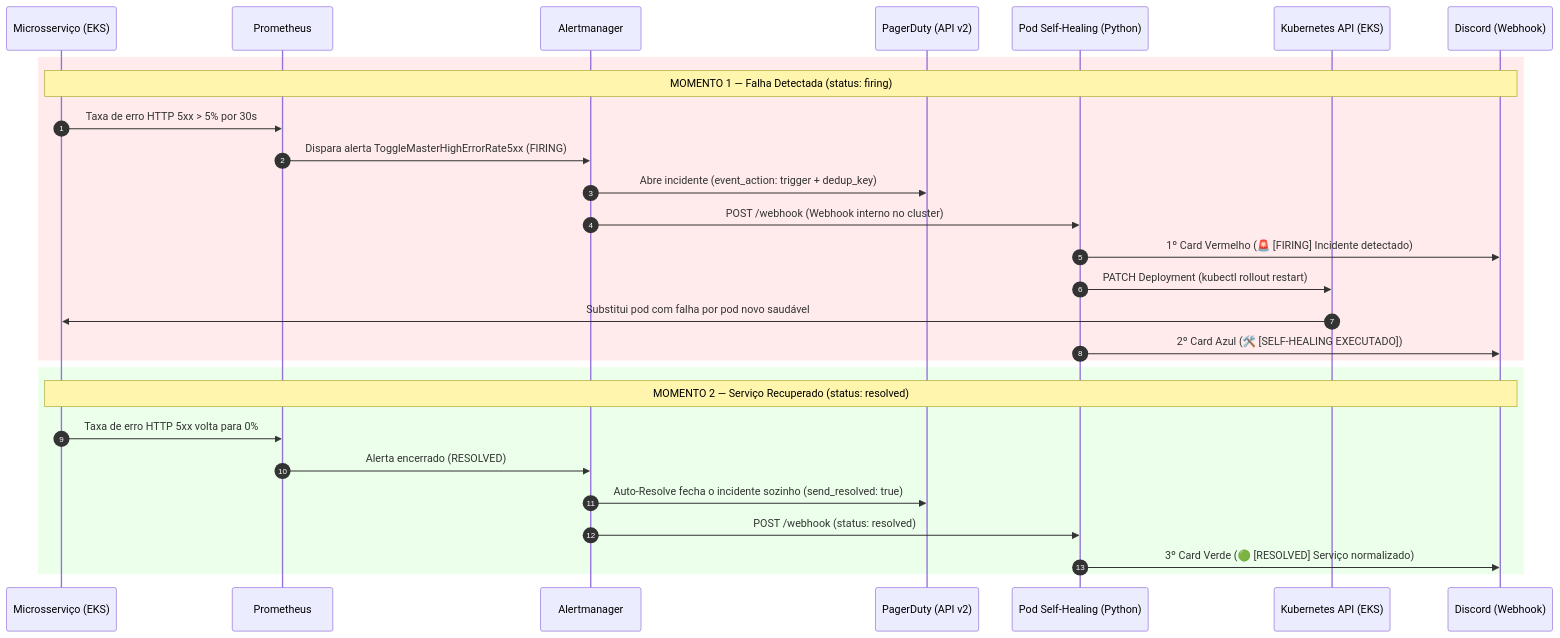
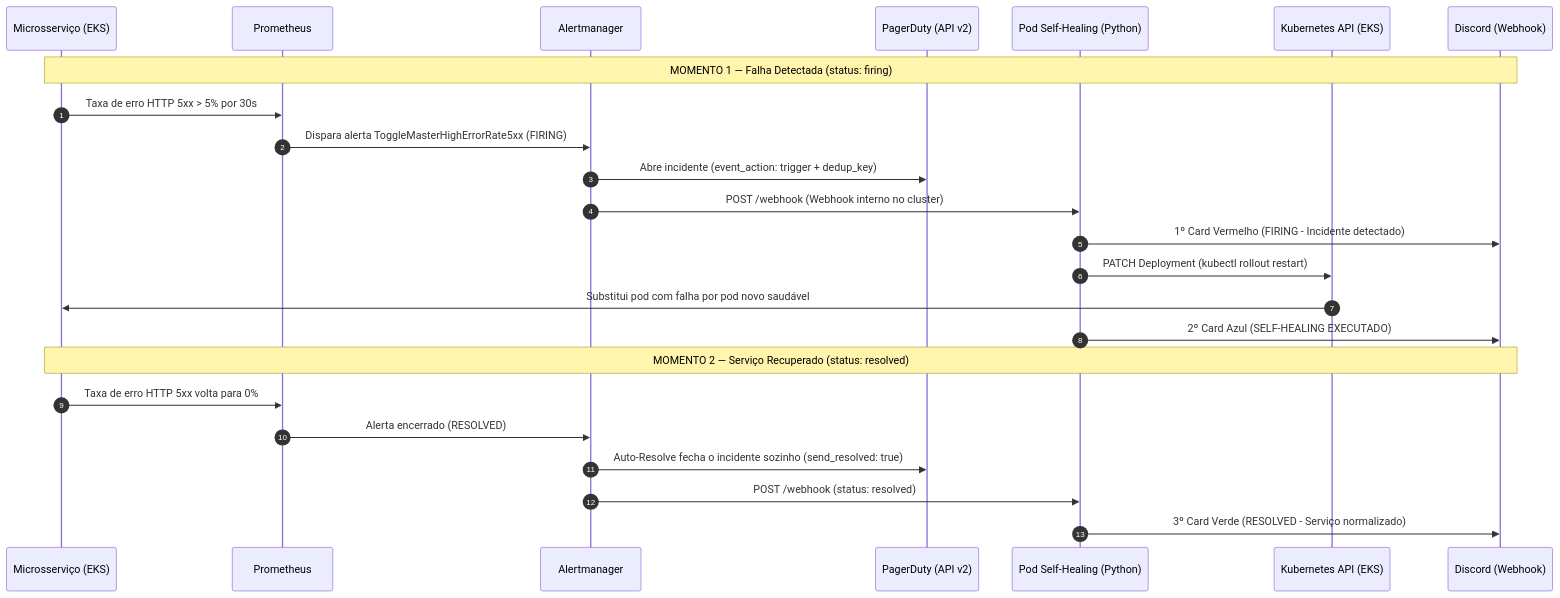
One commit to brunoap62/ATIVIDADE-FIAP-FASE4 changed the third of 3 diagrams in README.md. Above: the diagram before and after it, drawn with Mermaid. The commit also changed other lines of this file, not shown here.

````diff
--- a/README.md
+++ b/README.md
@@ -111,32 +135,28 @@
 ```mermaid
 sequenceDiagram
     autonumber
     participant App as Microsserviço (EKS)
     participant Prom as Prometheus
     participant AM as Alertmanager
     participant PD as PagerDuty (API v2)
     participant SH as Pod Self-Healing (Python)
     participant K8s as Kubernetes API (EKS)
     participant Disc as Discord (Webhook)
 
-    rect rgb(255, 235, 235)
     Note over App,Disc: MOMENTO 1 — Falha Detectada (status: firing)
     App->>Prom: Taxa de erro HTTP 5xx > 5% por 30s
     Prom->>AM: Dispara alerta ToggleMasterHighErrorRate5xx (FIRING)
     AM->>PD: Abre incidente (event_action: trigger + dedup_key)
     AM->>SH: POST /webhook (Webhook interno no cluster)
-    SH->>Disc: 1º Card Vermelho (🚨 [FIRING] Incidente detectado)
+    SH->>Disc: 1º Card Vermelho (FIRING - Incidente detectado)
     SH->>K8s: PATCH Deployment (kubectl rollout restart)
     K8s->>App: Substitui pod com falha por pod novo saudável
-    SH->>Disc: 2º Card Azul (🛠️ [SELF-HEALING EXECUTADO])
-    end
+    SH->>Disc: 2º Card Azul (SELF-HEALING EXECUTADO)
 
-    rect rgb(235, 255, 235)
     Note over App,Disc: MOMENTO 2 — Serviço Recuperado (status: resolved)
     App->>Prom: Taxa de erro HTTP 5xx volta para 0%
     Prom->>AM: Alerta encerrado (RESOLVED)
     AM->>PD: Auto-Resolve fecha o incidente sozinho (send_resolved: true)
     AM->>SH: POST /webhook (status: resolved)
-    SH->>Disc: 3º Card Verde (🟢 [RESOLVED] Serviço normalizado)
-    end
+    SH->>Disc: 3º Card Verde (RESOLVED - Serviço normalizado)
 ```
````
